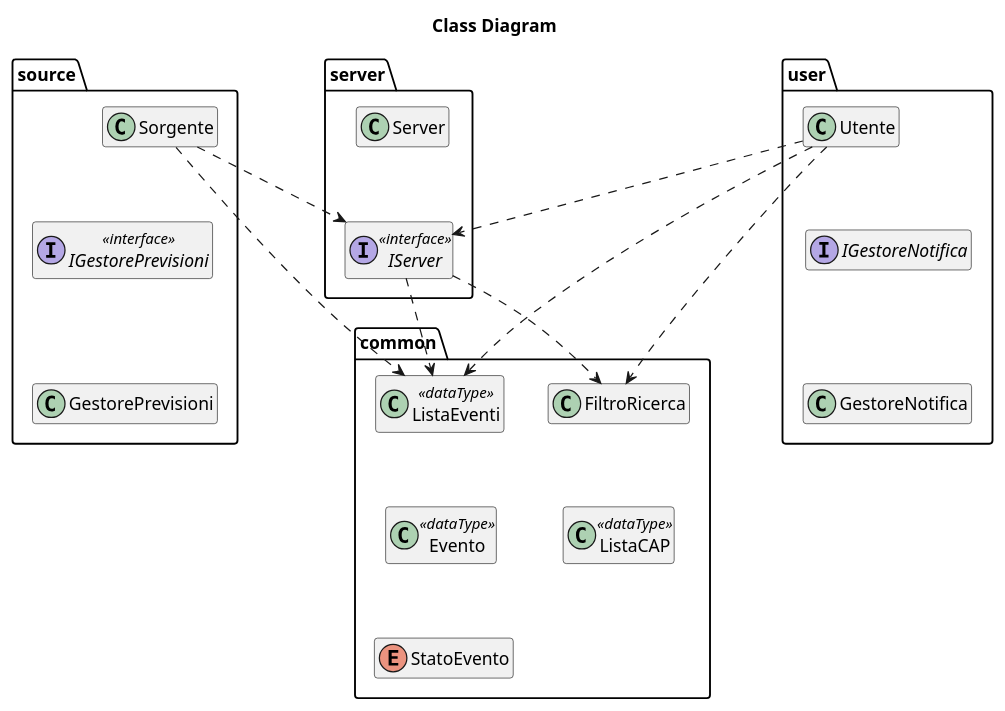
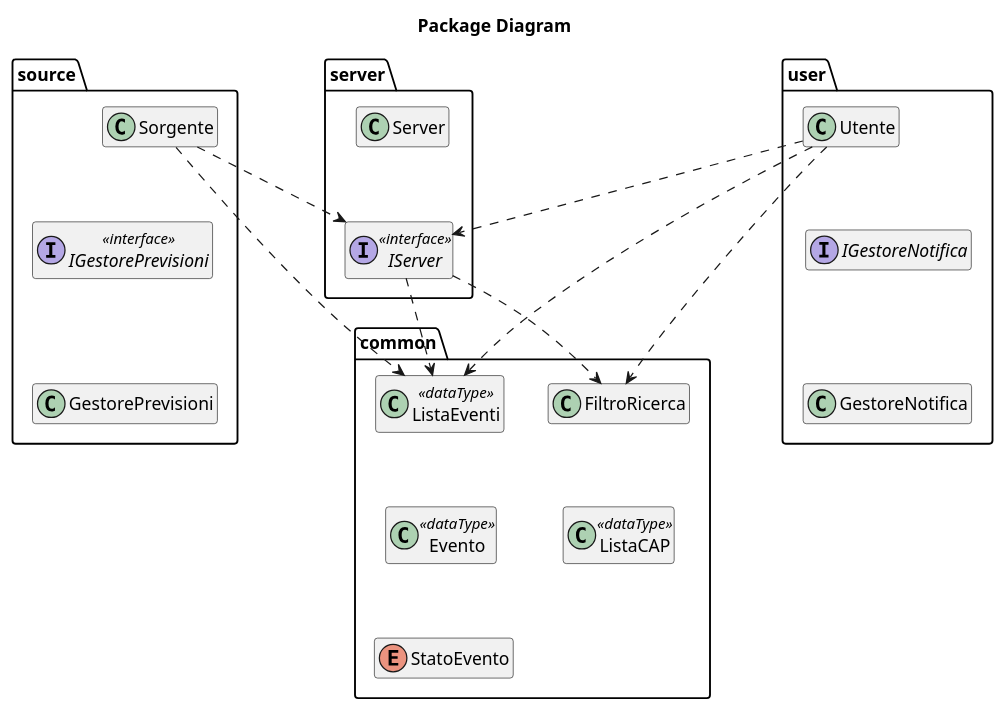
The diagram in docs/diagrams/package.puml (xFA25E/sweng_14_2019), drawn with PlantUML before and after one commit. The commit also changed 1 other file, not shown here.

Commit message:
changes in naming and layout of ClassDiagram

```diff
--- a/docs/diagrams/package.puml
+++ b/docs/diagrams/package.puml
@@ -1,68 +1,68 @@
 @startuml
-title Class Diagram
+title Package Diagram
 package source {
     interface IGestorePrevisioni<<interface>> 
 
     class GestorePrevisioni 
 
     class Sorgente 
 
     Sorgente -[hidden]- IGestorePrevisioni
     IGestorePrevisioni -[hidden]- GestorePrevisioni
 }
 
 package server{
     interface IServer<<interface>> 
 
     class Server 
 
     Server -[hidden]- IServer
 }
 
 Sorgente .> IServer
 
 package user {
     class Utente 
 
     interface IGestoreNotifica 
     
     class GestoreNotifica 
 
     Utente -[hidden]- IGestoreNotifica
     IGestoreNotifica -[hidden]- GestoreNotifica
 }
 
 Utente ..> IServer
 
 package common {
 
     enum StatoEvento 
 
     class Evento<<dataType>> 
 
     class ListaEventi <<dataType>>
 
     ListaEventi -[hidden]- Evento
     Evento -[hidden]- StatoEvento
 
     class FiltroRicerca 
 
     class ListaCAP <<dataType>>
 
     FiltroRicerca -[hidden]- ListaCAP
 }
 
 Sorgente ..> ListaEventi
 IServer ..> ListaEventi
 IServer ..> FiltroRicerca
 Utente ..>  ListaEventi
 Utente ..>  FiltroRicerca
 
 'Layout only
 hide empty members
 skinparam classAttributeIconSize 0
 ListaEventi -[hidden] FiltroRicerca
 GestorePrevisioni -[hidden]-- StatoEvento
 Server .[hidden].> ListaEventi
 Utente .[hidden].> FiltroRicerca
 @enduml
```
